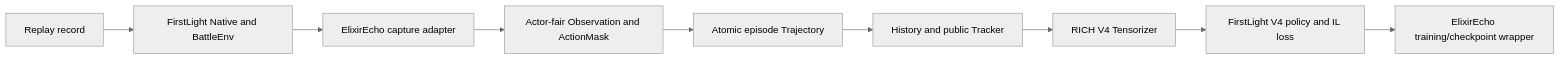
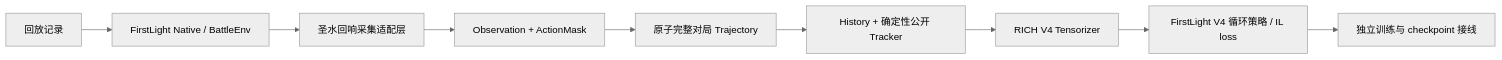
One commit to hero7014/ElixirEcho changed the diagram in README.md. Above: the diagram before and after it, drawn with Mermaid (neutral theme). The commit also changed other lines of this file and 4 other files, not shown here.

Commit message:
Polish ElixirEcho portfolio demo

````diff
--- a/README.md
+++ b/README.md
@@ -17,11 +23,11 @@
 ```mermaid
 flowchart LR
-  Replay[Replay record] --> Native[FirstLight Native and BattleEnv]
-  Native --> Adapter[ElixirEcho capture adapter]
-  Adapter --> Frame[Actor-fair Observation and ActionMask]
-  Frame --> Trajectory[Atomic episode Trajectory]
-  Trajectory --> Temporal[History and public Tracker]
+  Replay[回放记录] --> Native[FirstLight Native / BattleEnv]
+  Native --> Capture[圣水回响采集适配层]
+  Capture --> Frame[Observation + ActionMask]
+  Frame --> Trajectory[原子完整对局 Trajectory]
+  Trajectory --> Temporal[History + 确定性公开 Tracker]
   Temporal --> Tensorizer[RICH V4 Tensorizer]
-  Tensorizer --> Policy[FirstLight V4 policy and IL loss]
-  Policy --> Checkpoint[ElixirEcho training/checkpoint wrapper]
+  Tensorizer --> Policy[FirstLight V4 循环策略 / IL loss]
+  Policy --> Checkpoint[独立训练与 checkpoint 接线]
 ```
````
